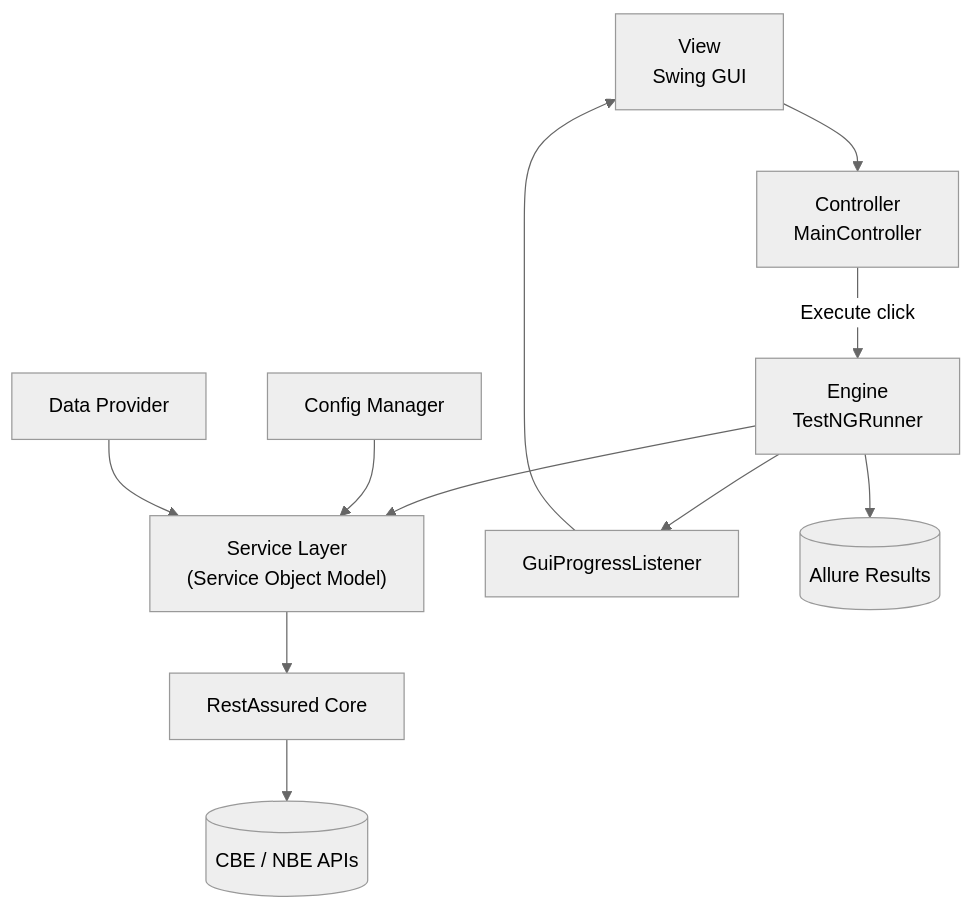
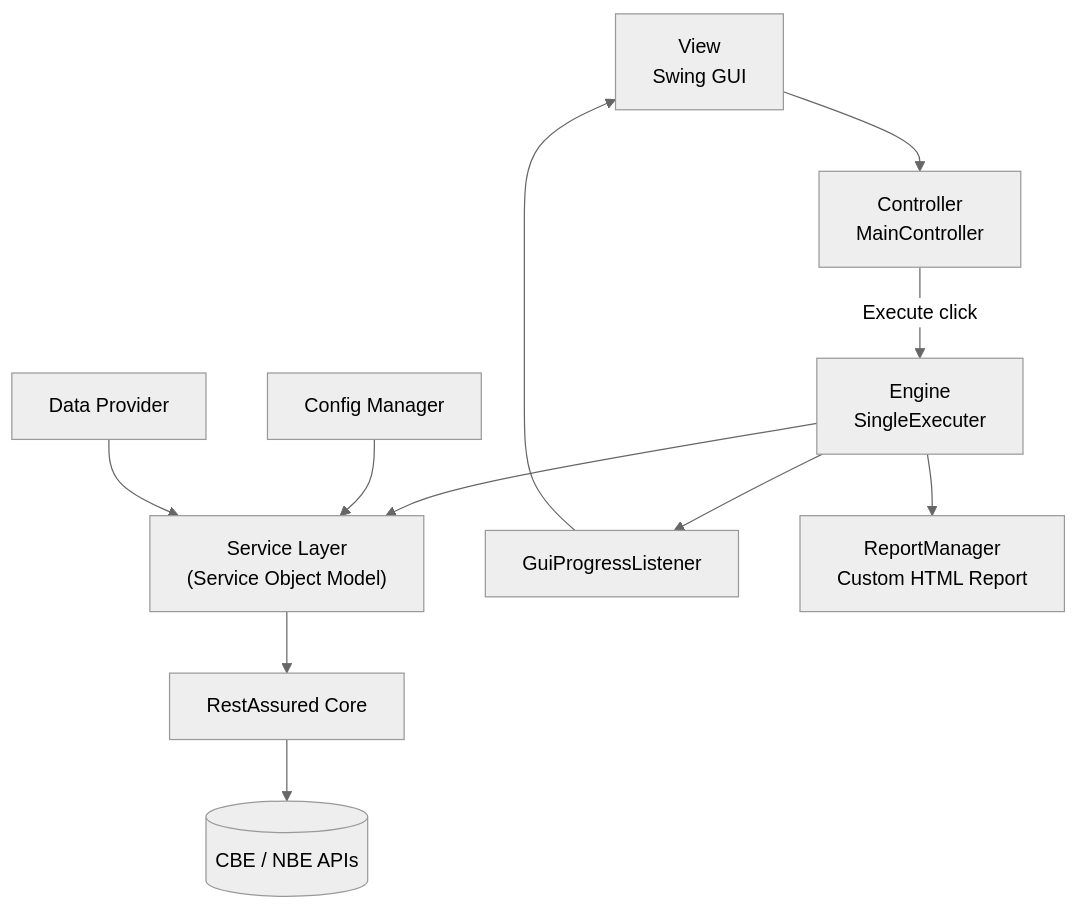
Before and after one commit to Bad-ri/RestAssured_GUI_FrameWork: the first of 2 diagrams in README.md, drawn with Mermaid (neutral theme). The commit also changed other lines of this file and 90 other files, not shown here.

````diff
--- a/README.md
+++ b/README.md
@@ -18,13 +18,13 @@
 ```mermaid
 flowchart TD
     A["View<br/>Swing GUI"] --> B["Controller<br/>MainController"]
-    B -->|Execute click| C["Engine<br/>TestNGRunner"]
+    B -->|Execute click| C["Engine<br/>SingleExecuter"]
     C --> D["Service Layer<br/>(Service Object Model)"]
     D --> E["RestAssured Core"]
     E --> F[("CBE / NBE APIs")]
     C --> G["GuiProgressListener"]
     G --> A
-    C --> H[("Allure Results")]
+    C --> H["ReportManager<br/>Custom HTML Report"]
     I["Config Manager"] --> D
     J["Data Provider"] --> D
 ```
````
